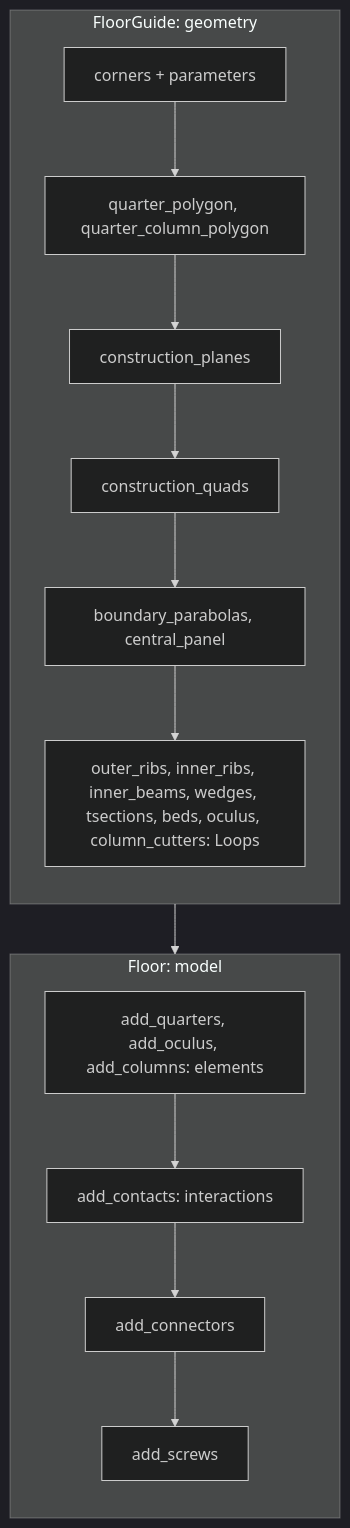
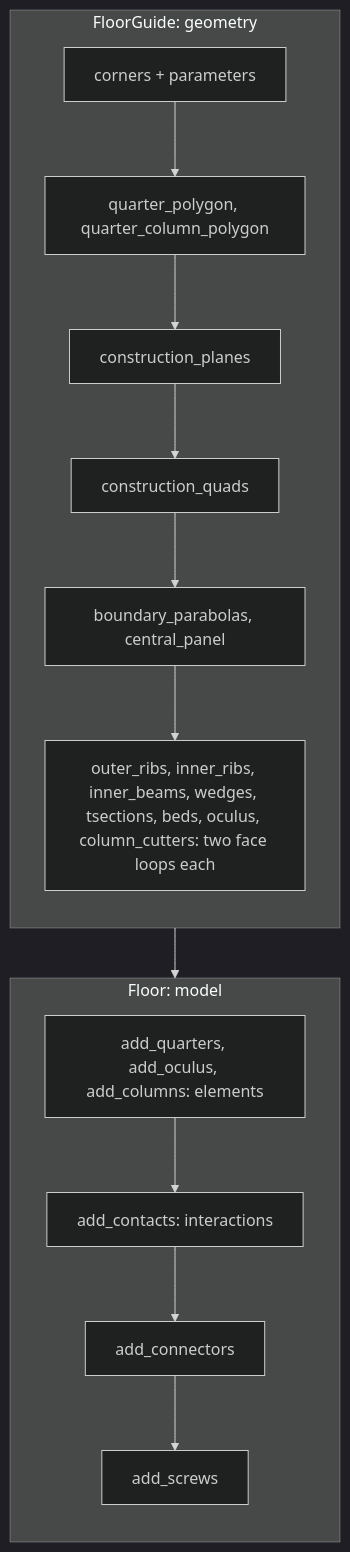
Before and after one commit to petrasvestartas/wood: the diagram in docs/templates/floor_00_vocabulary.md, drawn with Mermaid (dark theme). The commit also changed other lines of this file and 49 other files, not shown here.

````diff
--- a/docs/templates/floor_00_vocabulary.md
+++ b/docs/templates/floor_00_vocabulary.md
@@ -5,14 +5,14 @@
 ```mermaid
 flowchart TD
     subgraph G["FloorGuide: geometry"]
         direction TB
         A["corners + parameters"] --> P["quarter_polygon, quarter_column_polygon"]
         P --> CP["construction_planes"] --> CQ["construction_quads"] --> BP["boundary_parabolas, central_panel"]
-        BP --> M["outer_ribs, inner_ribs, inner_beams, wedges, tsections, beds, oculus, column_cutters: Loops"]
+        BP --> M["outer_ribs, inner_ribs, inner_beams, wedges, tsections, beds, oculus, column_cutters: two face loops each"]
     end
     subgraph F["Floor: model"]
         direction TB
         E["add_quarters, add_oculus, add_columns: elements"] --> I["add_contacts: interactions"] --> J["add_connectors"] --> S["add_screws"]
     end
     M --> E
 ```
````
